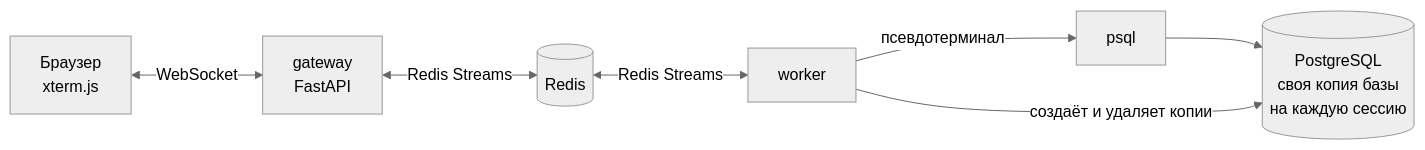
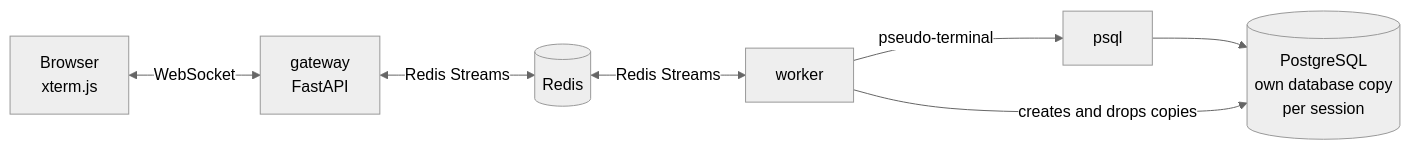
One commit to ZhdankovAlex/web-psql changed the first of 2 diagrams in README.md. Above: the diagram before and after it, drawn with Mermaid (neutral theme). The commit also changed other lines of this file and 37 other files, not shown here.

````diff
--- a/README.md
+++ b/README.md
@@ -48,9 +47,9 @@
 ```mermaid
 flowchart LR
-    B["Браузер<br/>xterm.js"] <-- "WebSocket" --> G["gateway<br/>FastAPI"]
+    B["Browser<br/>xterm.js"] <-- "WebSocket" --> G["gateway<br/>FastAPI"]
     G <-- "Redis Streams" --> R[("Redis")]
     R <-- "Redis Streams" --> W["worker"]
-    W -- "псевдотерминал" --> P["psql"]
-    P --> DB[("PostgreSQL<br/>своя копия базы<br/>на каждую сессию")]
-    W -- "создаёт и удаляет копии" --> DB
+    W -- "pseudo-terminal" --> P["psql"]
+    P --> DB[("PostgreSQL<br/>own database copy<br/>per session")]
+    W -- "creates and drops copies" --> DB
 ```
````
